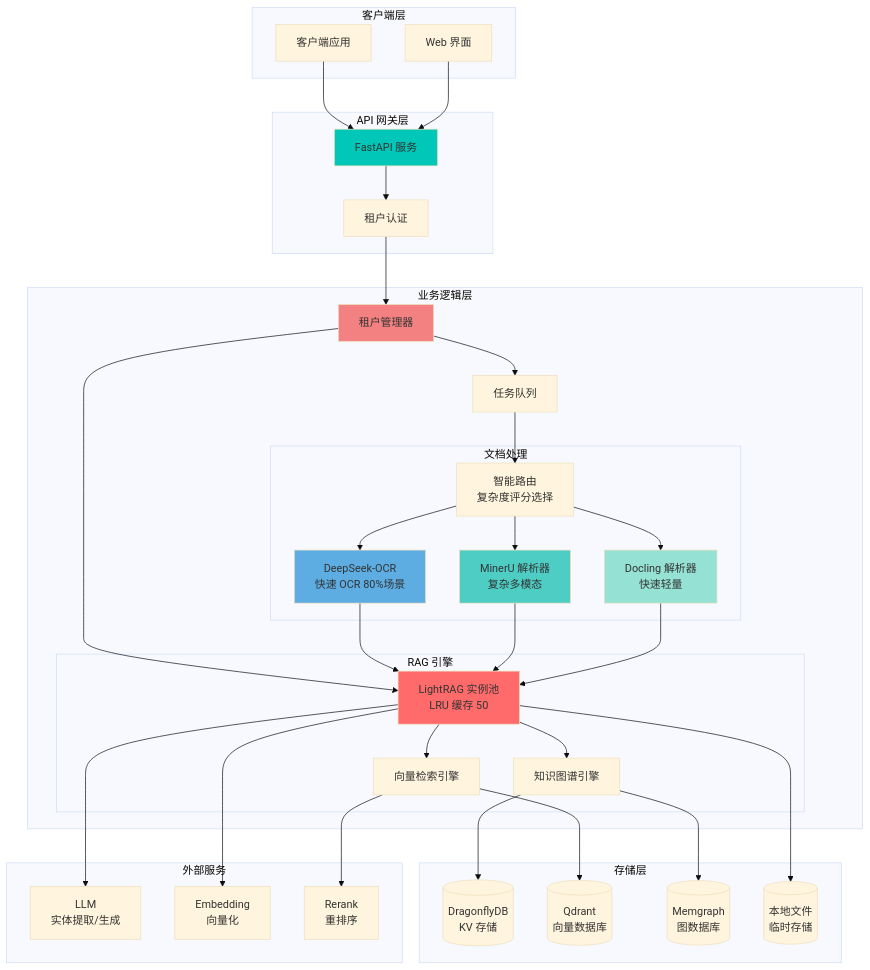
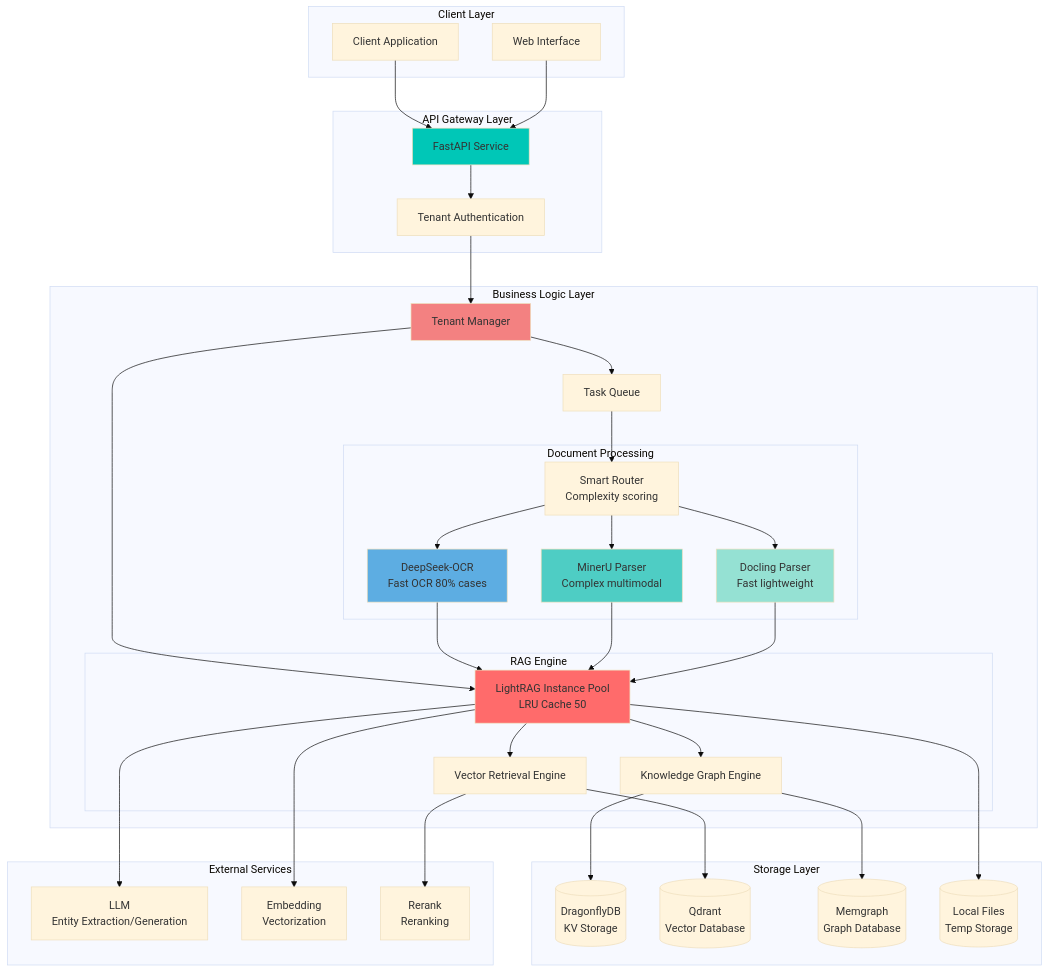
One commit to BukeLy/rag-api changed the first of 2 diagrams in README.md. Above: the diagram before and after it, drawn with Mermaid (base theme). The commit also changed other lines of this file and 1 other file, not shown here.

````diff
--- a/README.md
+++ b/README.md
@@ -105,77 +107,77 @@
 ```mermaid
 graph TB
-    subgraph "客户端层"
-        Client[客户端应用]
-        WebUI[Web 界面]
+    subgraph "Client Layer"
+        Client[Client Application]
+        WebUI[Web Interface]
     end
     
-    subgraph "API 网关层"
-        FastAPI[FastAPI 服务]
-        Auth[租户认证]
+    subgraph "API Gateway Layer"
+        FastAPI[FastAPI Service]
+        Auth[Tenant Authentication]
     end
     
-    subgraph "业务逻辑层"
-        TenantMgr[租户管理器]
-        TaskQueue[任务队列]
+    subgraph "Business Logic Layer"
+        TenantMgr[Tenant Manager]
+        TaskQueue[Task Queue]
         
-        subgraph "文档处理"
-            DeepSeekOCR[DeepSeek-OCR<br/>快速 OCR 80%场景]
-            MinerU[MinerU 解析器<br/>复杂多模态]
-            Docling[Docling 解析器<br/>快速轻量]
-            FileRouter[智能路由<br/>复杂度评分选择]
+        subgraph "Document Processing"
+            DeepSeekOCR[DeepSeek-OCR<br/>Fast OCR 80% cases]
+            MinerU[MinerU Parser<br/>Complex multimodal]
+            Docling[Docling Parser<br/>Fast lightweight]
+            FileRouter[Smart Router<br/>Complexity scoring]
         end
         
-        subgraph "RAG 引擎"
-            LightRAG[LightRAG 实例池<br/>LRU 缓存 50]
-            KG[知识图谱引擎]
-            Vector[向量检索引擎]
+        subgraph "RAG Engine"
+            LightRAG[LightRAG Instance Pool<br/>LRU Cache 50]
+            KG[Knowledge Graph Engine]
+            Vector[Vector Retrieval Engine]
         end
     end
     
-    subgraph "存储层"
-        DragonflyDB[(DragonflyDB<br/>KV 存储)]
-        Qdrant[(Qdrant<br/>向量数据库)]
-        Memgraph[(Memgraph<br/>图数据库)]
-        Local[(本地文件<br/>临时存储)]
+    subgraph "Storage Layer"
+        DragonflyDB[(DragonflyDB<br/>KV Storage)]
+        Qdrant[(Qdrant<br/>Vector Database)]
+        Memgraph[(Memgraph<br/>Graph Database)]
+        Local[(Local Files<br/>Temp Storage)]
     end
     
-    subgraph "外部服务"
-        LLM[LLM<br/>实体提取/生成]
-        Embedding[Embedding<br/>向量化]
-        Rerank[Rerank<br/>重排序]
+    subgraph "External Services"
+        LLM[LLM<br/>Entity Extraction/Generation]
+        Embedding[Embedding<br/>Vectorization]
+        Rerank[Rerank<br/>Reranking]
     end
     
     Client --> FastAPI
     WebUI --> FastAPI
     FastAPI --> Auth
     Auth --> TenantMgr
     TenantMgr --> TaskQueue
     TenantMgr --> LightRAG
     
     TaskQueue --> FileRouter
     FileRouter --> DeepSeekOCR
     FileRouter --> MinerU
     FileRouter --> Docling
     DeepSeekOCR --> LightRAG
     MinerU --> LightRAG
     Docling --> LightRAG
     
     LightRAG --> KG
     LightRAG --> Vector
     
     KG --> DragonflyDB
     KG --> Memgraph
     Vector --> Qdrant
     LightRAG --> Local
     
     LightRAG --> LLM
     LightRAG --> Embedding
     Vector --> Rerank
     
     style FastAPI fill:#00C7B7
     style LightRAG fill:#FF6B6B
     style DeepSeekOCR fill:#5DADE2
     style MinerU fill:#4ECDC4
     style Docling fill:#95E1D3
     style TenantMgr fill:#F38181
 ```
````
